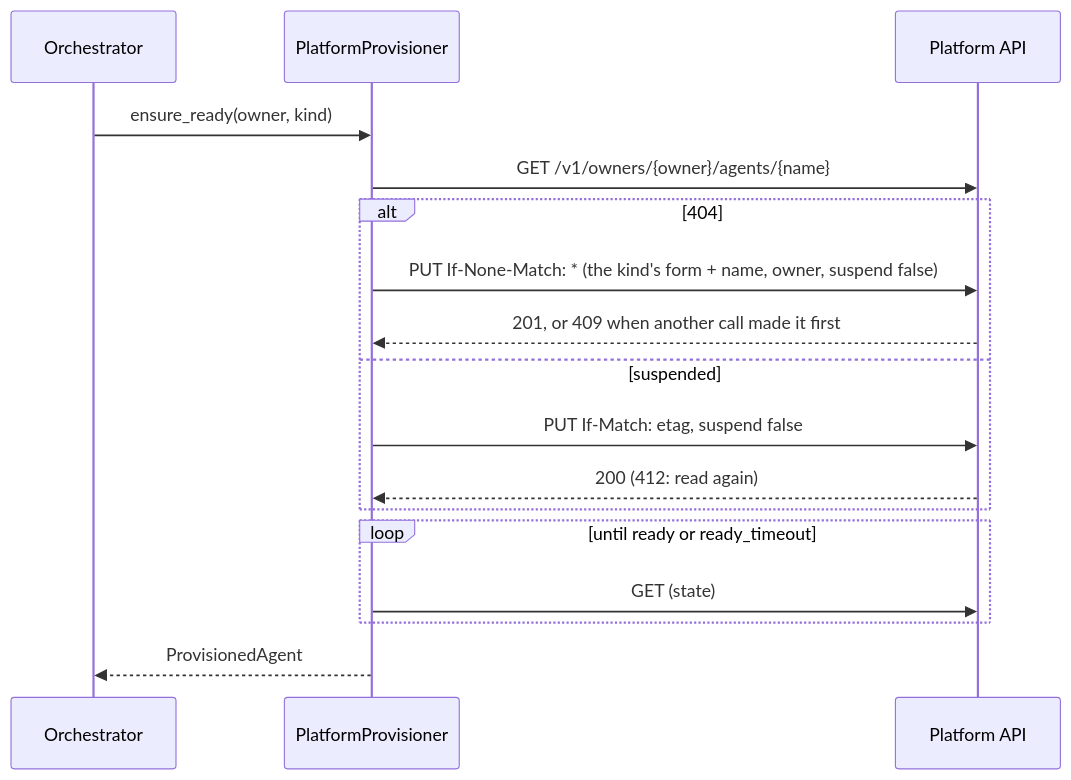
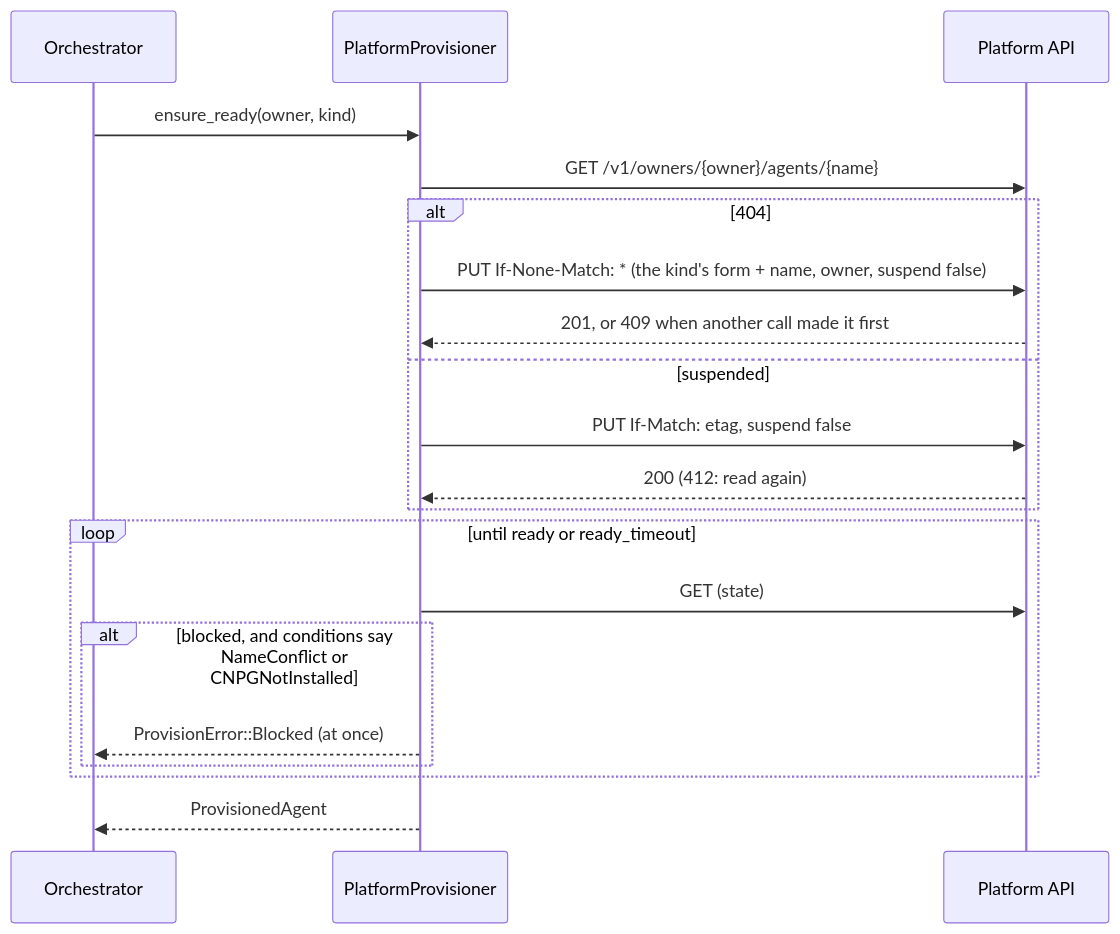
The first of 2 diagrams in orchestrator/crates/provisioner-platform/README.md (vymalo/another-agentic-system), drawn with Mermaid before and after one commit. The commit also changed other lines of this file and 9 other files, not shown here.

````diff
--- a/orchestrator/crates/provisioner-platform/README.md
+++ b/orchestrator/crates/provisioner-platform/README.md
@@ -16,19 +16,22 @@
 ```mermaid
 sequenceDiagram
   participant O as Orchestrator
   participant P as PlatformProvisioner
   participant A as Platform API
   O->>P: ensure_ready(owner, kind)
   P->>A: GET /v1/owners/{owner}/agents/{name}
   alt 404
     P->>A: PUT If-None-Match: * (the kind's form + name, owner, suspend false)
     A-->>P: 201, or 409 when another call made it first
   else suspended
     P->>A: PUT If-Match: etag, suspend false
     A-->>P: 200 (412: read again)
   end
   loop until ready or ready_timeout
     P->>A: GET (state)
+    alt blocked, and conditions say NameConflict or CNPGNotInstalled
+      P-->>O: ProvisionError::Blocked (at once)
+    end
   end
   P-->>O: ProvisionedAgent
 ```
````
